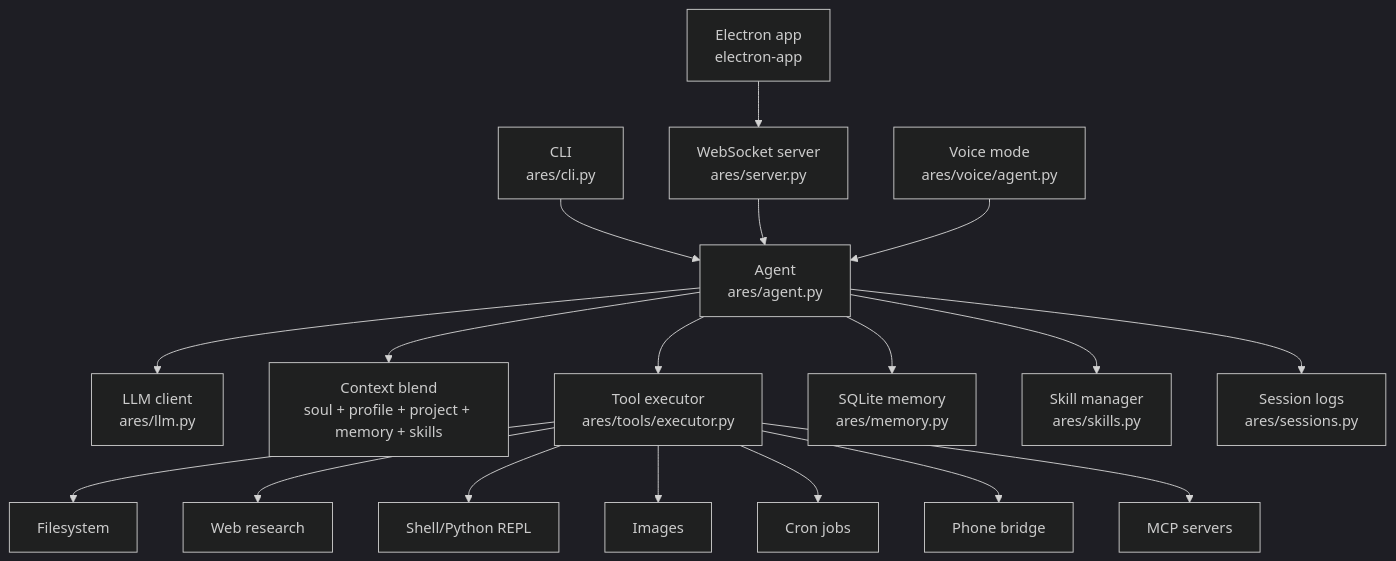
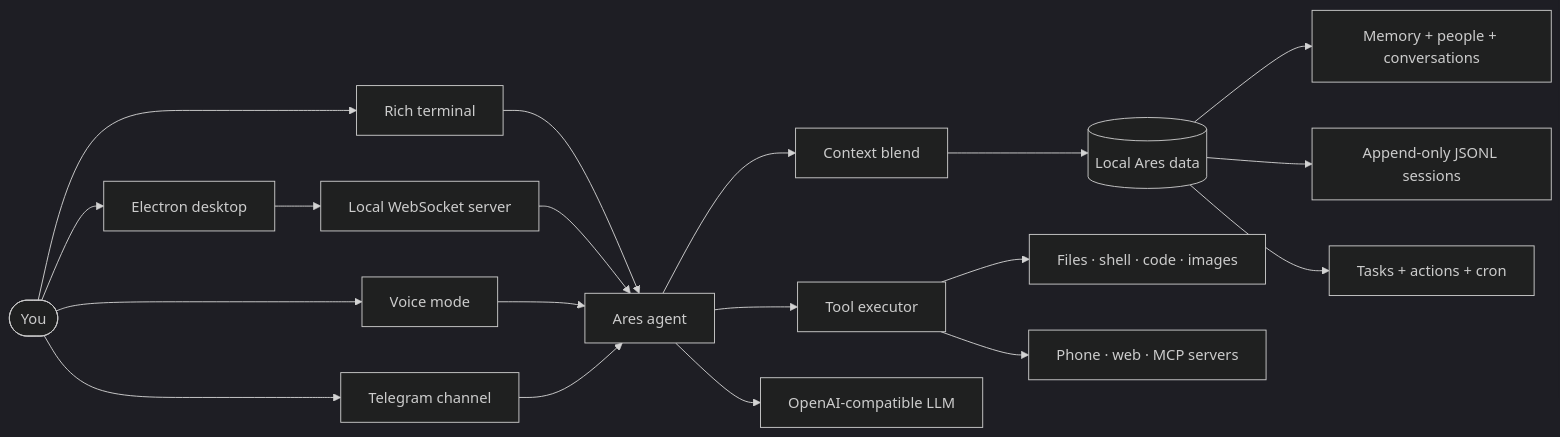
Before and after one commit to akyourowngames/friday: the diagram in README.md, drawn with Mermaid (dark theme). The commit also changed other lines of this file and 15 other files, not shown here.

Commit message:
Upgrade memory recall and project guide

````diff
--- a/README.md
+++ b/README.md
@@ -138,22 +80,25 @@
 ```mermaid
-flowchart TD
-  CLI["CLI<br/>ares/cli.py"] --> Agent["Agent<br/>ares/agent.py"]
-  Server["WebSocket server<br/>ares/server.py"] --> Agent
-  Voice["Voice mode<br/>ares/voice/agent.py"] --> Agent
-  Desktop["Electron app<br/>electron-app"] --> Server
+flowchart LR
+    User([You]) --> CLI[Rich terminal]
+    User --> Desktop[Electron desktop]
+    User --> Voice[Voice mode]
+    User --> Telegram[Telegram channel]
 
-  Agent --> LLM["LLM client<br/>ares/llm.py"]
-  Agent --> Context["Context blend<br/>soul + profile + project + memory + skills"]
-  Agent --> Tools["Tool executor<br/>ares/tools/executor.py"]
-  Agent --> Memory["SQLite memory<br/>ares/memory.py"]
-  Agent --> Skills["Skill manager<br/>ares/skills.py"]
-  Agent --> Sessions["Session logs<br/>ares/sessions.py"]
+    CLI --> Agent[Ares agent]
+    Desktop --> Server[Local WebSocket server]
+    Server --> Agent
+    Voice --> Agent
+    Telegram --> Agent
 
-  Tools --> Files["Filesystem"]
-  Tools --> Web["Web research"]
-  Tools --> Shell["Shell/Python REPL"]
-  Tools --> Images["Images"]
-  Tools --> Cron["Cron jobs"]
-  Tools --> Phone["Phone bridge"]
-  Tools --> MCP["MCP servers"]
+    Agent --> Context[Context blend]
+    Agent --> Tools[Tool executor]
+    Agent --> LLM[OpenAI-compatible LLM]
+
+    Context --> Data[(Local Ares data)]
+    Data --> Facts[Memory + people + conversations]
+    Data --> Sessions[Append-only JSONL sessions]
+    Data --> Tasks[Tasks + actions + cron]
+
+    Tools --> Local[Files · shell · code · images]
+    Tools --> Bridges[Phone · web · MCP servers]
 ```
````
